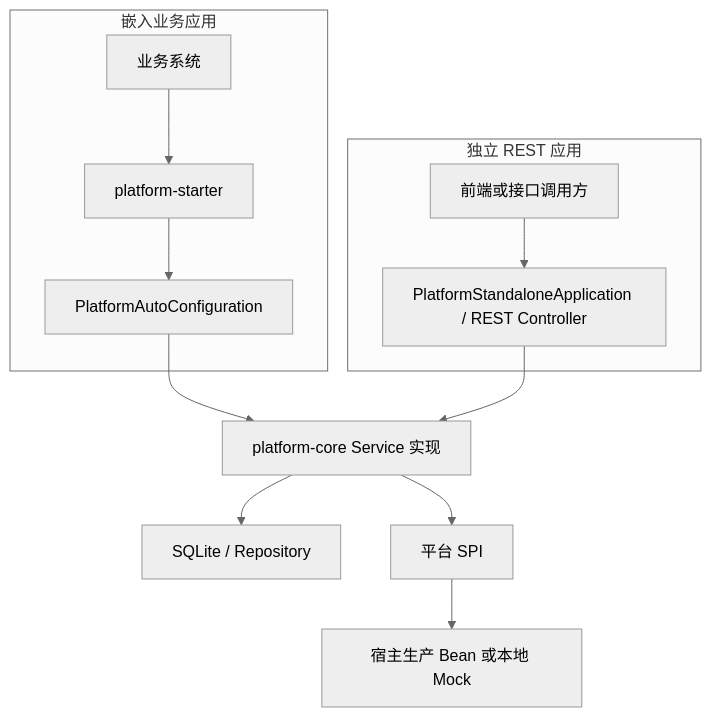
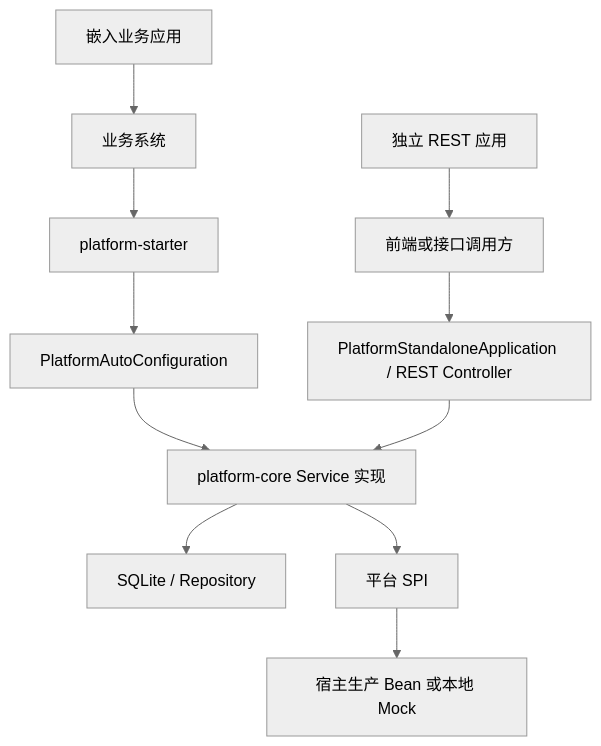
Before and after one commit to ZQ7777777/flow-mind: the first of 15 diagrams in doc/实习生C/实习生C开发文档.md, drawn with Mermaid (neutral theme). The commit also changed other lines of this file and 6 other files, not shown here.

````diff
--- a/doc/实习生C/实习生C开发文档.md
+++ b/doc/实习生C/实习生C开发文档.md
@@ -63,17 +63,13 @@
 ```mermaid
-flowchart TD
-    subgraph EMBED["嵌入业务应用"]
-        BIZ["业务系统"] --> STARTER["platform-starter"]
-        STARTER --> AUTO["PlatformAutoConfiguration"]
-    end
-
-    subgraph STANDALONE["独立 REST 应用"]
-        CLIENT["前端或接口调用方"] --> WEB["PlatformStandaloneApplication / REST Controller"]
-    end
-
-    AUTO --> SERVICE["platform-core Service 实现"]
+graph TD
+    EMBED[嵌入业务应用] --> BIZ[业务系统]
+    BIZ --> STARTER[platform-starter]
+    STARTER --> AUTO[PlatformAutoConfiguration]
+    STANDALONE[独立 REST 应用] --> CLIENT[前端或接口调用方]
+    CLIENT --> WEB[PlatformStandaloneApplication / REST Controller]
+    AUTO --> SERVICE[platform-core Service 实现]
     WEB --> SERVICE
-    SERVICE --> DB["SQLite / Repository"]
-    SERVICE --> SPI["平台 SPI"]
-    SPI --> PROVIDER["宿主生产 Bean 或本地 Mock"]
+    SERVICE --> DB[SQLite / Repository]
+    SERVICE --> SPI[平台 SPI]
+    SPI --> PROVIDER[宿主生产 Bean 或本地 Mock]
 ```
````
